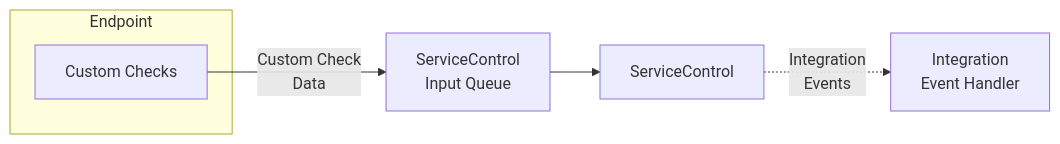
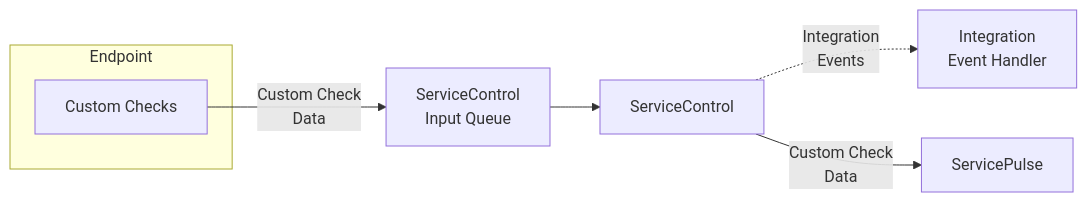
The diagram in monitoring/custom-checks/index.md (Particular/docs.particular.net), drawn with Mermaid before and after one commit.

Commit message:
Include ServicePulse in the diagram

````diff
--- a/monitoring/custom-checks/index.md
+++ b/monitoring/custom-checks/index.md
@@ -12,13 +12,15 @@
 ```mermaid
 graph LR
 
 subgraph Endpoint
 CustomChecks[Custom Checks]
 end
 	
 CustomChecks -- Custom Check<br>Data --> SCQ[ServiceControl<br>Input Queue]
 
 SCQ --> ServiceControl
 
 ServiceControl -. Integration<br/>Events .-> Integration[Integration<br/>Event Handler]
+
+ServiceControl -- Custom Check<br>Data --> ServicePulse
 ```
````
